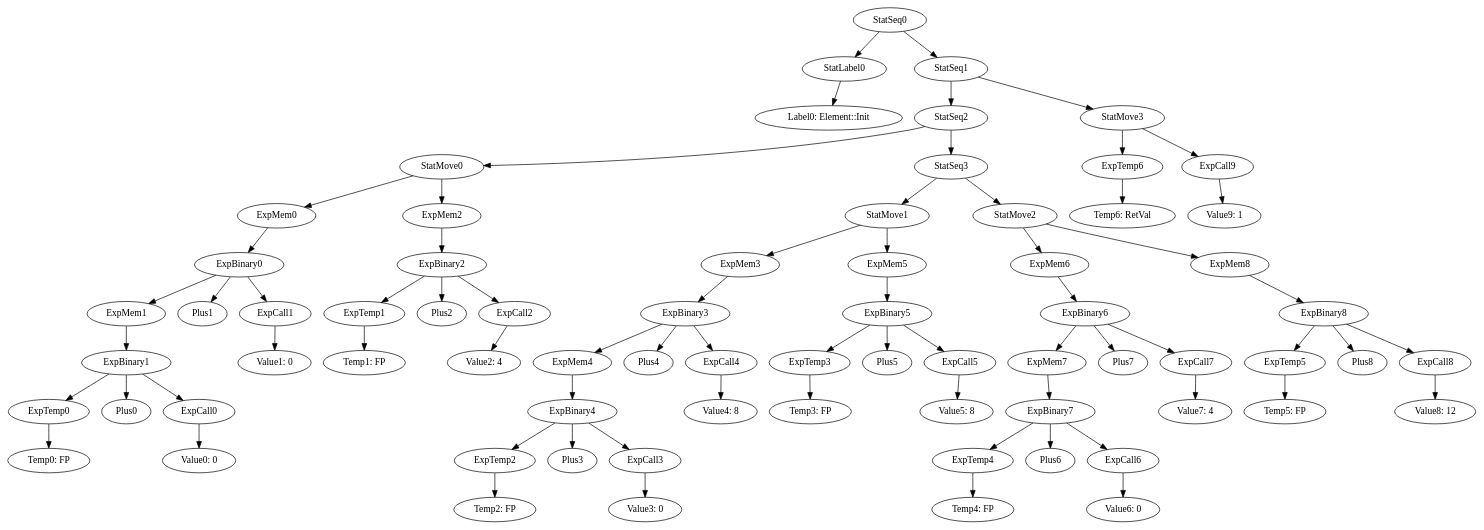
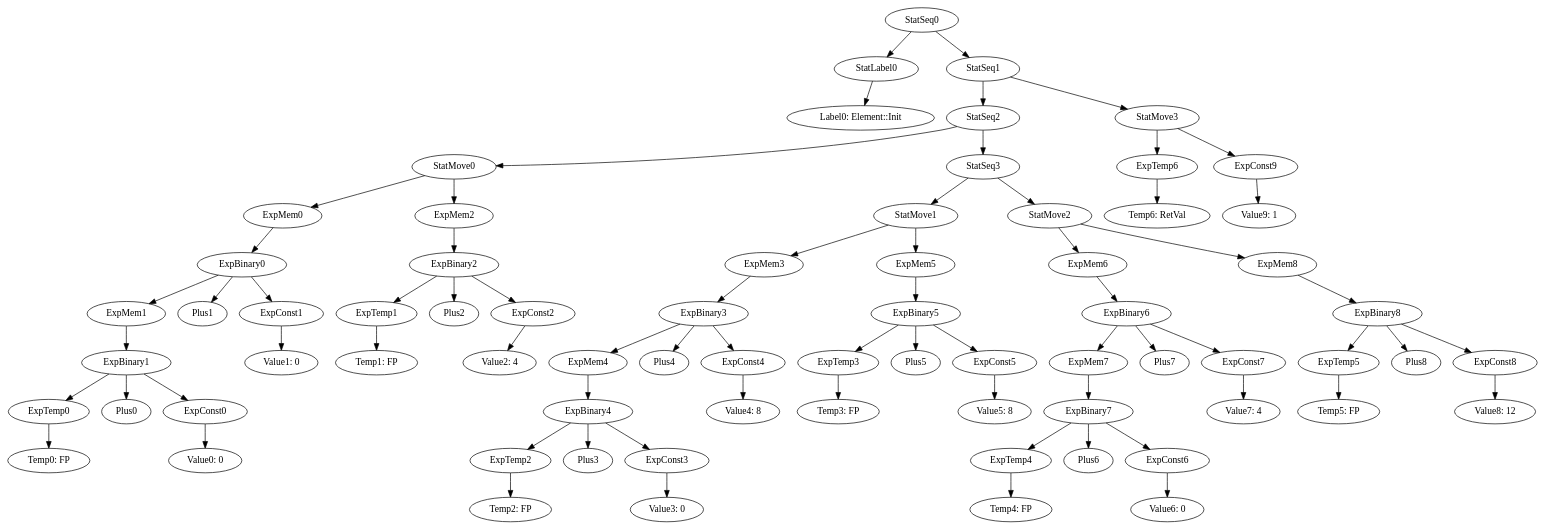
The diagram in MiniJava/results/SamplesCorrect/LinkedList/irt_Element::Init.gv (team-compilers/compilers), drawn with Graphviz before and after one commit. The commit also changed 183 other files, not shown here.

```diff
--- a/MiniJava/results/SamplesCorrect/LinkedList/irt_Element::Init.gv
+++ b/MiniJava/results/SamplesCorrect/LinkedList/irt_Element::Init.gv
@@ -1,73 +1,73 @@
 digraph {
 	ordering = out;
+	ExpConst9 -> "Value9: 1";
 	ExpTemp6 -> "Temp6: RetVal";
-	StatSeq1 -> StatSeq2;
-	StatSeq1 -> StatMove3;
+	ExpConst8 -> "Value8: 12";
 	StatMove3 -> ExpTemp6;
-	StatMove3 -> ExpCall9;
+	StatMove3 -> ExpConst9;
 	ExpBinary8 -> ExpTemp5;
 	ExpBinary8 -> Plus8;
-	ExpBinary8 -> ExpCall8;
+	ExpBinary8 -> ExpConst8;
 	StatMove2 -> ExpMem6;
 	StatMove2 -> ExpMem8;
 	ExpMem6 -> ExpBinary6;
 	ExpTemp4 -> "Temp4: FP";
 	StatSeq3 -> StatMove1;
 	StatSeq3 -> StatMove2;
 	ExpBinary5 -> ExpTemp3;
 	ExpBinary5 -> Plus5;
-	ExpBinary5 -> ExpCall5;
+	ExpBinary5 -> ExpConst5;
 	ExpTemp3 -> "Temp3: FP";
 	ExpMem5 -> ExpBinary5;
 	StatMove1 -> ExpMem3;
 	StatMove1 -> ExpMem5;
 	StatMove0 -> ExpMem0;
 	StatMove0 -> ExpMem2;
-	ExpCall7 -> "Value7: 4";
-	ExpCall2 -> "Value2: 4";
-	ExpCall1 -> "Value1: 0";
 	ExpBinary6 -> ExpMem7;
 	ExpBinary6 -> Plus7;
-	ExpBinary6 -> ExpCall7;
+	ExpBinary6 -> ExpConst7;
 	ExpMem0 -> ExpBinary0;
-	ExpCall8 -> "Value8: 12";
 	ExpBinary1 -> ExpTemp0;
 	ExpBinary1 -> Plus0;
-	ExpBinary1 -> ExpCall0;
-	ExpCall9 -> "Value9: 1";
+	ExpBinary1 -> ExpConst0;
 	ExpMem3 -> ExpBinary3;
 	ExpMem1 -> ExpBinary1;
+	ExpConst0 -> "Value0: 0";
+	StatLabel0 -> "Label0: Element::Init";
+	ExpMem7 -> ExpBinary7;
+	ExpTemp0 -> "Temp0: FP";
+	ExpMem2 -> ExpBinary2;
+	ExpConst5 -> "Value5: 8";
+	ExpBinary3 -> ExpMem4;
+	ExpBinary3 -> Plus4;
+	ExpBinary3 -> ExpConst4;
+	StatSeq1 -> StatSeq2;
+	StatSeq1 -> StatMove3;
+	ExpConst1 -> "Value1: 0";
+	ExpTemp5 -> "Temp5: FP";
+	ExpBinary7 -> ExpTemp4;
+	ExpBinary7 -> Plus6;
+	ExpBinary7 -> ExpConst6;
+	StatSeq0 -> StatLabel0;
+	StatSeq0 -> StatSeq1;
+	ExpTemp1 -> "Temp1: FP";
 	ExpMem8 -> ExpBinary8;
 	ExpBinary2 -> ExpTemp1;
 	ExpBinary2 -> Plus2;
-	ExpBinary2 -> ExpCall2;
-	StatLabel0 -> "Label0: Element::Init";
-	ExpMem7 -> ExpBinary7;
-	ExpTemp0 -> "Temp0: FP";
-	ExpCall0 -> "Value0: 0";
-	ExpMem2 -> ExpBinary2;
-	ExpBinary3 -> ExpMem4;
-	ExpBinary3 -> Plus4;
-	ExpBinary3 -> ExpCall4;
-	ExpTemp5 -> "Temp5: FP";
-	ExpBinary7 -> ExpTemp4;
-	ExpBinary7 -> Plus6;
-	ExpBinary7 -> ExpCall6;
-	StatSeq0 -> StatLabel0;
-	StatSeq0 -> StatSeq1;
-	ExpTemp1 -> "Temp1: FP";
-	ExpCall3 -> "Value3: 0";
+	ExpBinary2 -> ExpConst2;
+	ExpConst2 -> "Value2: 4";
+	ExpConst7 -> "Value7: 4";
+	ExpConst3 -> "Value3: 0";
+	ExpConst6 -> "Value6: 0";
 	StatSeq2 -> StatMove0;
 	StatSeq2 -> StatSeq3;
 	ExpTemp2 -> "Temp2: FP";
-	ExpCall6 -> "Value6: 0";
 	ExpBinary4 -> ExpTemp2;
 	ExpBinary4 -> Plus3;
-	ExpBinary4 -> ExpCall3;
+	ExpBinary4 -> ExpConst3;
 	ExpBinary0 -> ExpMem1;
 	ExpBinary0 -> Plus1;
-	ExpBinary0 -> ExpCall1;
+	ExpBinary0 -> ExpConst1;
 	ExpMem4 -> ExpBinary4;
-	ExpCall5 -> "Value5: 8";
-	ExpCall4 -> "Value4: 8";
+	ExpConst4 -> "Value4: 8";
 }
```
